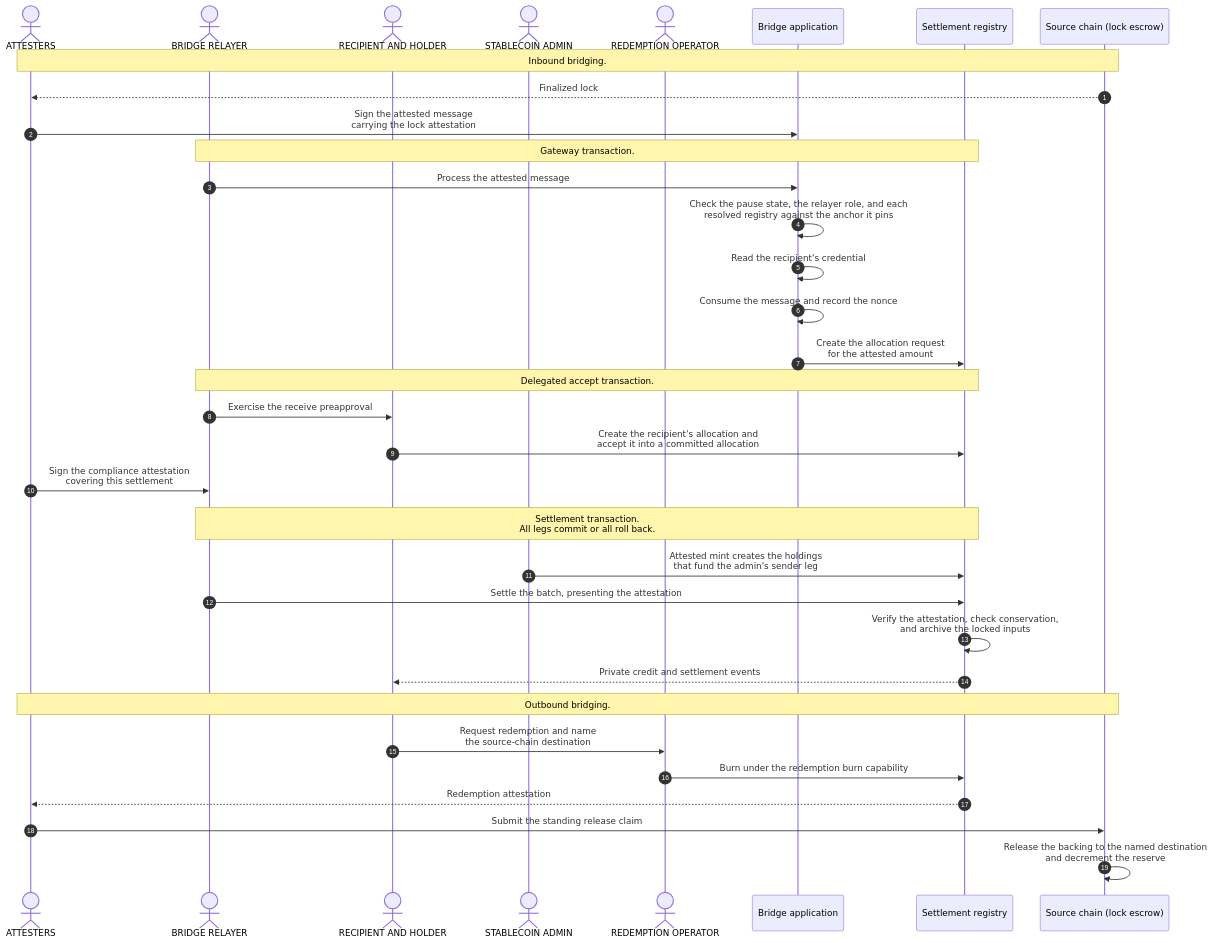
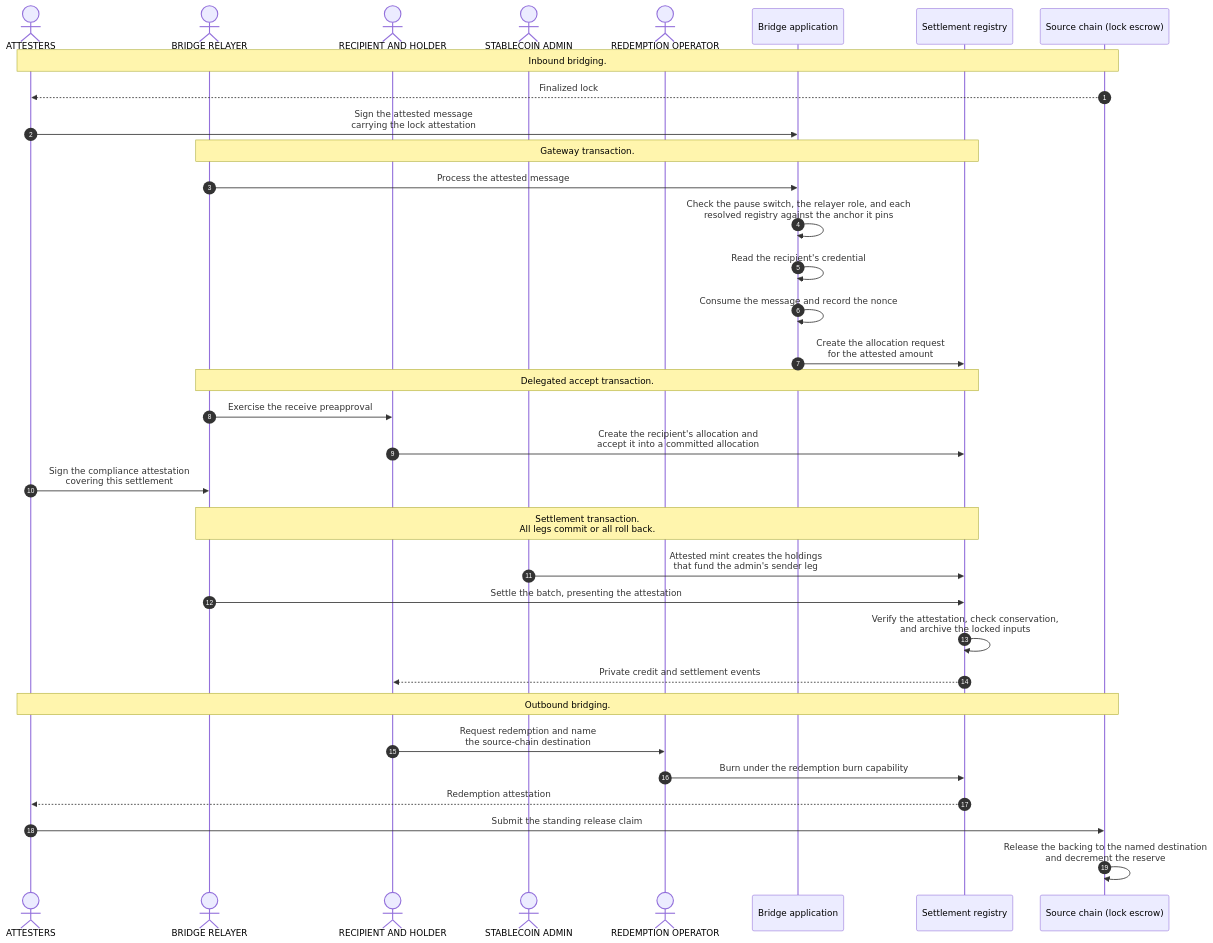
One commit to OpenZeppelin/canton-specs changed the diagram in docs/reference-architectures/cross-chain-stablecoin.md. Above: the diagram before and after it, drawn with Mermaid. The commit also changed other lines of this file, not shown here.

Commit message:
rename the pause state to the pause switch and align the pause vocabulary

````diff
--- a/docs/reference-architectures/cross-chain-stablecoin.md
+++ b/docs/reference-architectures/cross-chain-stablecoin.md
@@ -241,39 +241,39 @@
 ```mermaid
 sequenceDiagram
     autonumber
     actor Attesters as ATTESTERS
     actor Relayer as BRIDGE RELAYER
     actor Recipient as RECIPIENT AND HOLDER
     actor Admin as STABLECOIN ADMIN
     actor Operator as REDEMPTION OPERATOR
     participant App as Bridge application
     participant Registry as Settlement registry
     participant Chain as Source chain (lock escrow)
 
     Note over Attesters,Chain: Inbound bridging.
     Chain-->>Attesters: Finalized lock
     Attesters->>App: Sign the attested message<br/>carrying the lock attestation
     Note over Relayer,Registry: Gateway transaction.
     Relayer->>App: Process the attested message
-    App->>App: Check the pause state, the relayer role, and each<br/>resolved registry against the anchor it pins
+    App->>App: Check the pause switch, the relayer role, and each<br/>resolved registry against the anchor it pins
     App->>App: Read the recipient's credential
     App->>App: Consume the message and record the nonce
     App->>Registry: Create the allocation request<br/>for the attested amount
     Note over Relayer,Registry: Delegated accept transaction.
     Relayer->>Recipient: Exercise the receive preapproval
     Recipient->>Registry: Create the recipient's allocation and<br/>accept it into a committed allocation
     Attesters->>Relayer: Sign the compliance attestation<br/>covering this settlement
     rect rgba(255, 255, 255, .1)
         Note over Relayer,Registry: Settlement transaction.<br/>All legs commit or all roll back.
         Admin->>Registry: Attested mint creates the holdings<br/>that fund the admin's sender leg
         Relayer->>Registry: Settle the batch, presenting the attestation
         Registry->>Registry: Verify the attestation, check conservation,<br/>and archive the locked inputs
         Registry-->>Recipient: Private credit and settlement events
     end
     Note over Attesters,Chain: Outbound bridging.
     Recipient->>Operator: Request redemption and name<br/>the source-chain destination
     Operator->>Registry: Burn under the redemption burn capability
     Registry-->>Attesters: Redemption attestation
     Attesters->>Chain: Submit the standing release claim
     Chain->>Chain: Release the backing to the named destination<br/>and decrement the reserve
 ```
````
